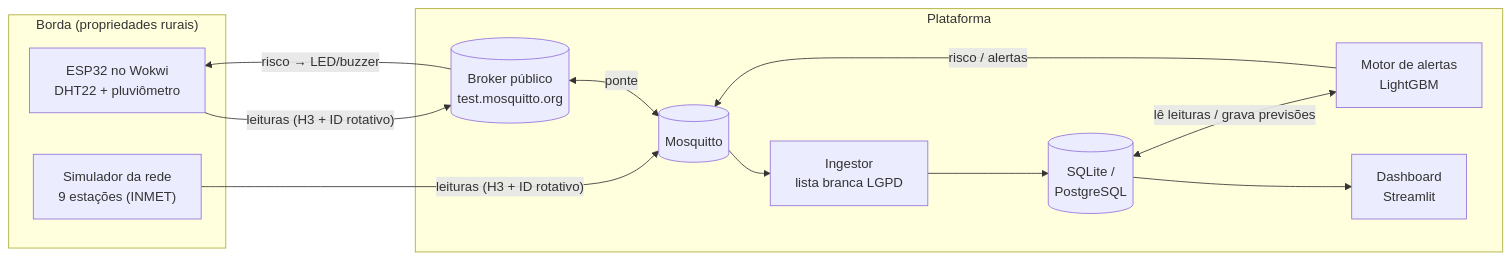
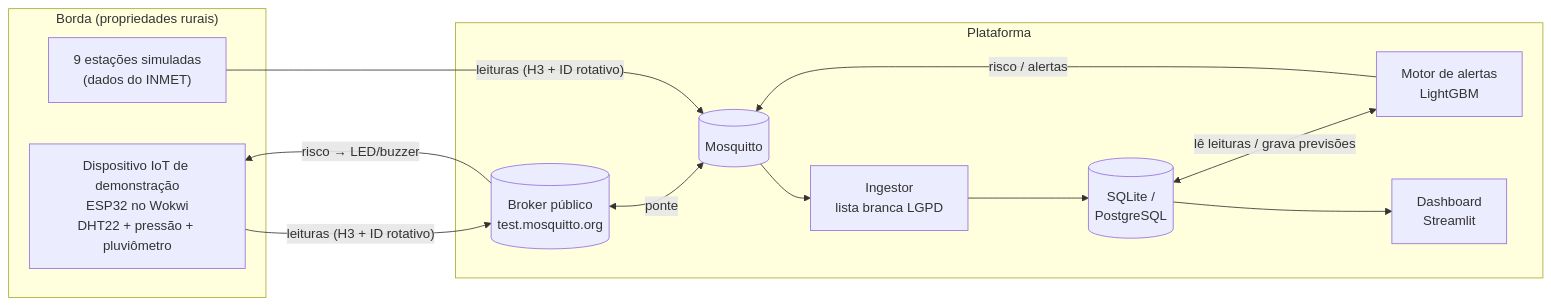
One commit to dzpoa/unisinos-agroalerta changed the diagram in README.md. Above: the diagram before and after it, drawn with Mermaid.

Commit message:
Renomeia fontes de dados no diagrama do README
- "Simulador da rede" passa a "9 estações simuladas (dados do INMET)".
- ESP32 passa a "Dispositivo IoT de demonstração", com pressão incluída
  entre os sensores, e é exibido no topo do bloco Borda.

````diff
--- a/README.md
+++ b/README.md
@@ -16,22 +16,22 @@
 ```mermaid
 flowchart LR
     subgraph Borda["Borda (propriedades rurais)"]
-        SIM["Simulador da rede<br/>9 estações (INMET)"]
-        ESP["ESP32 no Wokwi<br/>DHT22 + pluviômetro"]
+        ESP["Dispositivo IoT de demonstração<br/>ESP32 no Wokwi<br/>DHT22 + pressão + pluviômetro"]
+        SIM["9 estações simuladas<br/>(dados do INMET)"]
     end
     subgraph Nuvem["Plataforma"]
         HIVE[("Broker público<br/>test.mosquitto.org")]
         MQ[("Mosquitto")]
         ING["Ingestor<br/>lista branca LGPD"]
         DB[("SQLite /<br/>PostgreSQL")]
         MOT["Motor de alertas<br/>LightGBM"]
         DASH["Dashboard<br/>Streamlit"]
     end
+    ESP -- "leituras (H3 + ID rotativo)" --> HIVE <-- ponte --> MQ
     SIM -- "leituras (H3 + ID rotativo)" --> MQ
-    ESP -- "leituras (H3 + ID rotativo)" --> HIVE <-- ponte --> MQ
     MQ --> ING --> DB
     DB <-- "lê leituras / grava previsões" --> MOT
     MOT -- "risco / alertas" --> MQ
     HIVE -- "risco → LED/buzzer" --> ESP
     DB --> DASH
 ```
````
